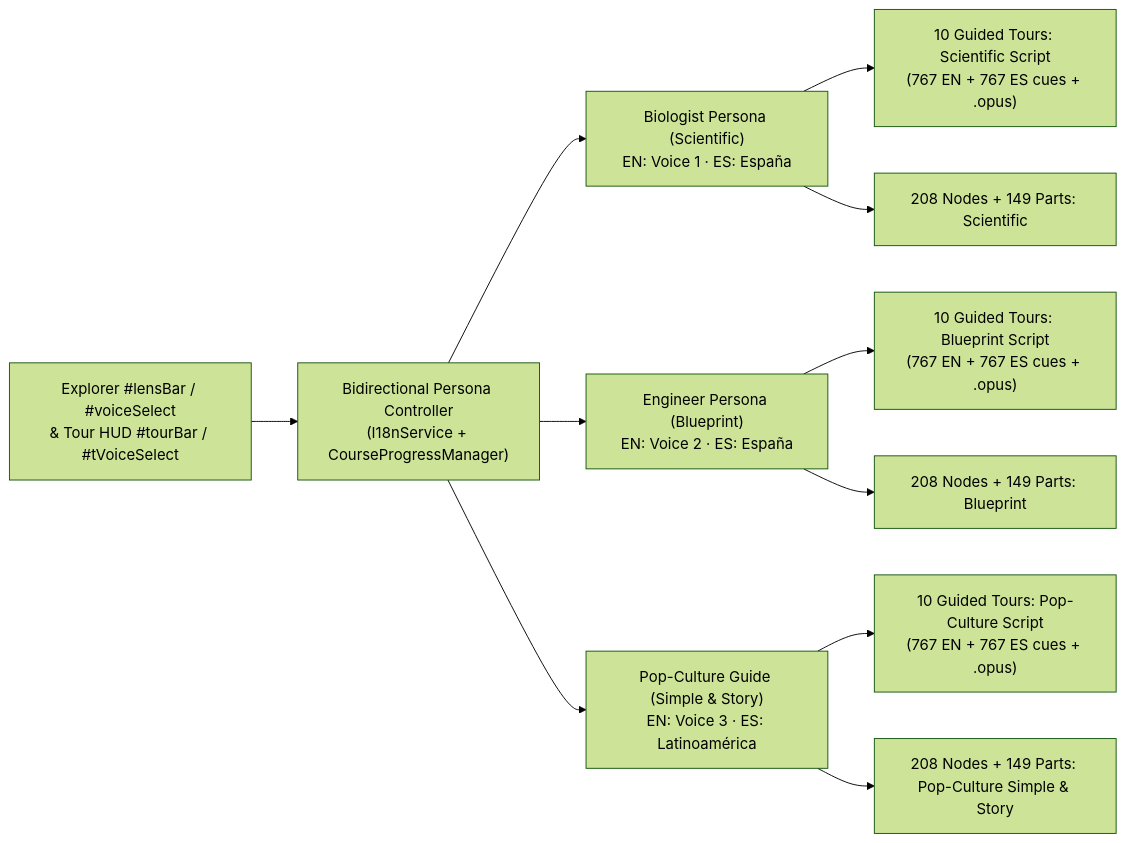
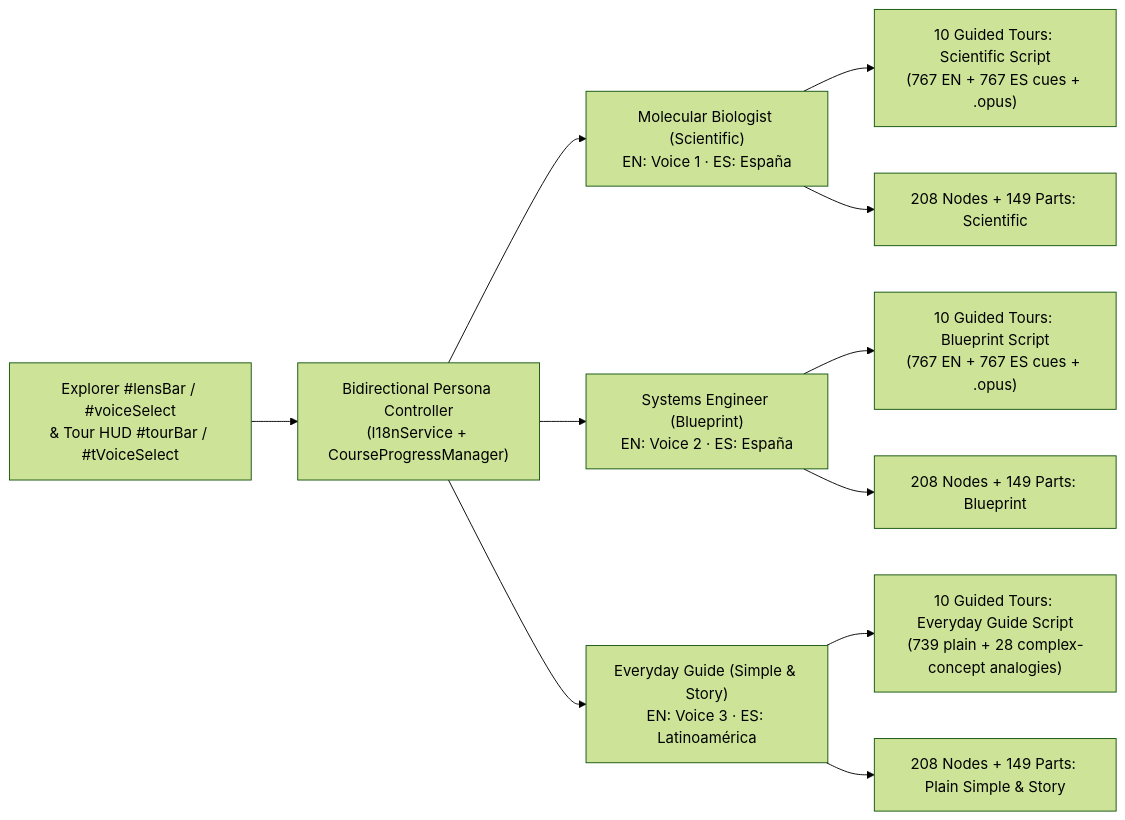
One commit to bexonia/learn-biology changed the diagram in roadmap/06-adaptive-narrator-personas-and-pop-culture-analogies.md. Above: the diagram before and after it, drawn with Mermaid (forest theme). The commit also changed other lines of this file and 4 other files, not shown here.

Commit message:
docs(roadmap): add Phases 07-08 specs and codify strict analogy restraint (#24)

````diff
--- a/roadmap/06-adaptive-narrator-personas-and-pop-culture-analogies.md
+++ b/roadmap/06-adaptive-narrator-personas-and-pop-culture-analogies.md
@@ -33,13 +36,13 @@
 ```mermaid
 flowchart LR
   UI["Explorer #lensBar / #voiceSelect\n& Tour HUD #tourBar / #tVoiceSelect"] --> Sync["Bidirectional Persona Controller\n(I18nService + CourseProgressManager)"]
-  Sync --> Bio["Biologist Persona (Scientific)\nEN: Voice 1 · ES: España"]
-  Sync --> Eng["Engineer Persona (Blueprint)\nEN: Voice 2 · ES: España"]
-  Sync --> Pop["Pop-Culture Guide (Simple & Story)\nEN: Voice 3 · ES: Latinoamérica"]
+  Sync --> Bio["Molecular Biologist (Scientific)\nEN: Voice 1 · ES: España"]
+  Sync --> Eng["Systems Engineer (Blueprint)\nEN: Voice 2 · ES: España"]
+  Sync --> Pop["Everyday Guide (Simple & Story)\nEN: Voice 3 · ES: Latinoamérica"]
   Bio --> TourSci["10 Guided Tours: Scientific Script\n(767 EN + 767 ES cues + .opus)"]
   Eng --> TourBp["10 Guided Tours: Blueprint Script\n(767 EN + 767 ES cues + .opus)"]
-  Pop --> TourPop["10 Guided Tours: Pop-Culture Script\n(767 EN + 767 ES cues + .opus)"]
+  Pop --> TourPop["10 Guided Tours: Everyday Guide Script\n(739 plain + 28 complex-concept analogies)"]
   Bio --> NodeSci["208 Nodes + 149 Parts: Scientific"]
   Eng --> NodeBp["208 Nodes + 149 Parts: Blueprint"]
-  Pop --> NodePop["208 Nodes + 149 Parts: Pop-Culture Simple & Story"]
+  Pop --> NodePop["208 Nodes + 149 Parts: Plain Simple & Story"]
 ```
````
